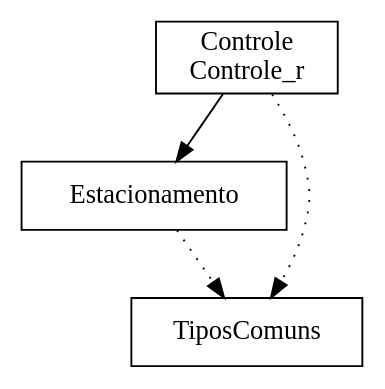
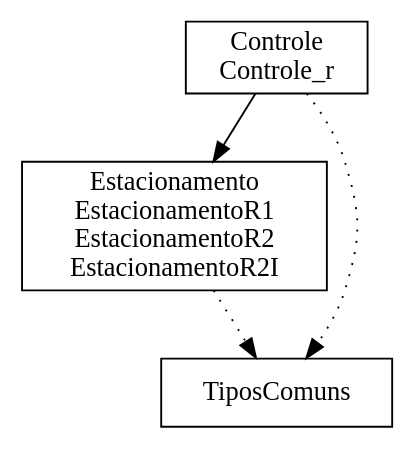
Before and after one commit to ciromdrs/mch_estacionamento: the diagram in Estacionamento/bdp/Estacionamento.dot, drawn with Graphviz. The commit also changed 55 other files, not shown here.

```diff
--- a/Estacionamento/bdp/Estacionamento.dot
+++ b/Estacionamento/bdp/Estacionamento.dot
@@ -1,9 +1,9 @@
 digraph {
 Controle_r [ label=" Controle\nControle_r " shape= box ]
-Estacionamento [ label=" Estacionamento " shape= box ]
+EstacionamentoR2I [ label=" Estacionamento\nEstacionamentoR1\nEstacionamentoR2\nEstacionamentoR2I " shape= box ]
 TiposComuns [ label=" TiposComuns " shape= box ]
 
 "Controle_r" -> "TiposComuns" [style= dotted ]
-"Controle_r" -> "Estacionamento" []
-"Estacionamento" -> "TiposComuns" [style= dotted ]
+"Controle_r" -> "EstacionamentoR2I" []
+"EstacionamentoR2I" -> "TiposComuns" [style= dotted ]
 }
```
